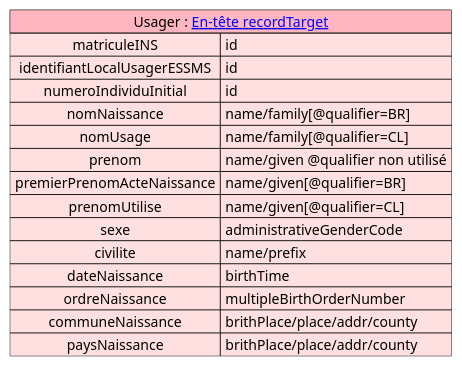
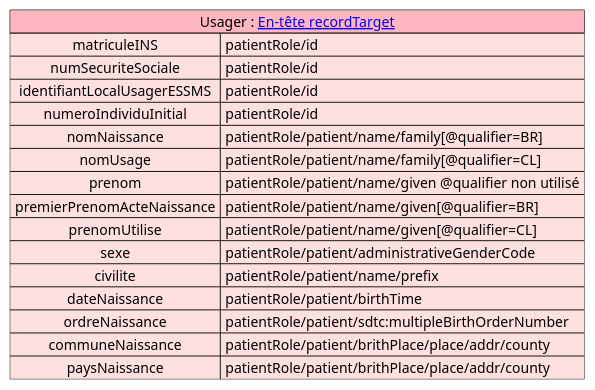
One commit to ansforge/IG-fhir-transfert-donnees-dui-esms changed the diagram in input/images-source/mapping_usager.plantuml. Above: the diagram before and after it, drawn with PlantUML.

Commit message:
Mapping_AjoutNumSecuriteSociale

```diff
--- a/input/images-source/mapping_usager.plantuml
+++ b/input/images-source/mapping_usager.plantuml
@@ -1,21 +1,22 @@
 @startuml
 
 
 map "Usager : [[contenu_dossier_entete_cda.html#recordtarget En-tête recordTarget]]" as Usager #back:IMPLEMENTATION;header:LightPink {
-    matriculeINS => id
-    identifiantLocalUsagerESSMS => id
-    numeroIndividuInitial => id
-    nomNaissance => name/family[@qualifier=BR]
-    nomUsage => name/family[@qualifier=CL]
-    prenom => name/given @qualifier non utilisé
-    premierPrenomActeNaissance  => name/given[@qualifier=BR]
-    prenomUtilise => name/given[@qualifier=CL]
-    sexe => administrativeGenderCode
-    civilite => name/prefix
-    dateNaissance => birthTime
-    ordreNaissance => multipleBirthOrderNumber
-    communeNaissance => brithPlace/place/addr/county
-    paysNaissance => brithPlace/place/addr/county
+    matriculeINS => patientRole/id
+    numSecuriteSociale => patientRole/id
+    identifiantLocalUsagerESSMS => patientRole/id
+    numeroIndividuInitial => patientRole/id
+    nomNaissance => patientRole/patient/name/family[@qualifier=BR]
+    nomUsage => patientRole/patient/name/family[@qualifier=CL]
+    prenom => patientRole/patient/name/given @qualifier non utilisé
+    premierPrenomActeNaissance  => patientRole/patient/name/given[@qualifier=BR]
+    prenomUtilise => patientRole/patient/name/given[@qualifier=CL]
+    sexe => patientRole/patient/administrativeGenderCode
+    civilite => patientRole/patient/name/prefix
+    dateNaissance => patientRole/patient/birthTime
+    ordreNaissance => patientRole/patient/sdtc:multipleBirthOrderNumber
+    communeNaissance => patientRole/patient/brithPlace/place/addr/county
+    paysNaissance => patientRole/patient/brithPlace/place/addr/county
 }
 
 @enduml
```
